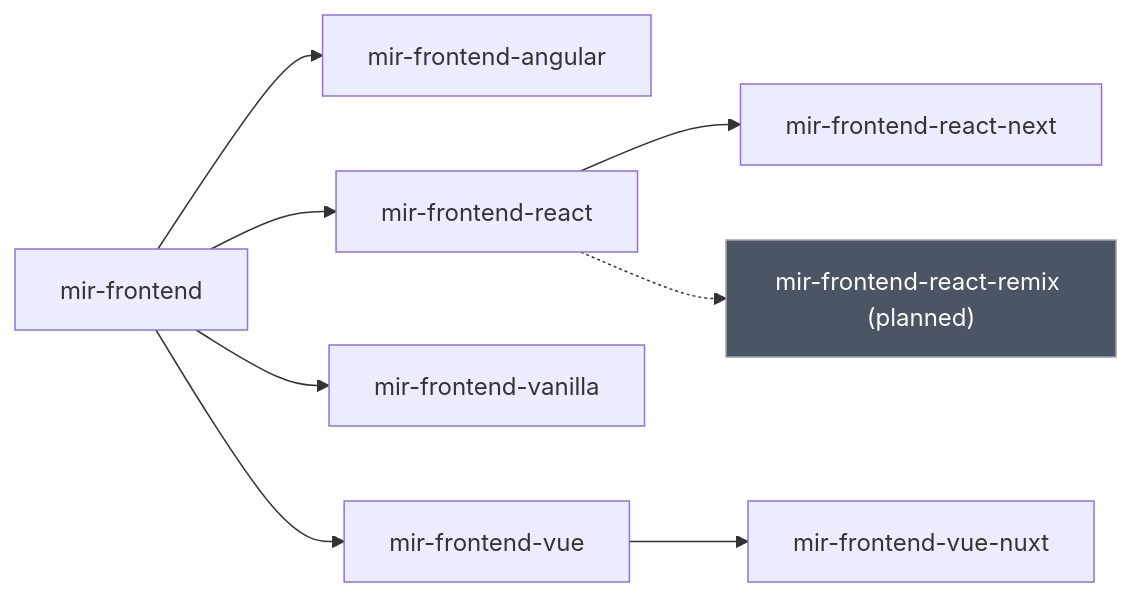
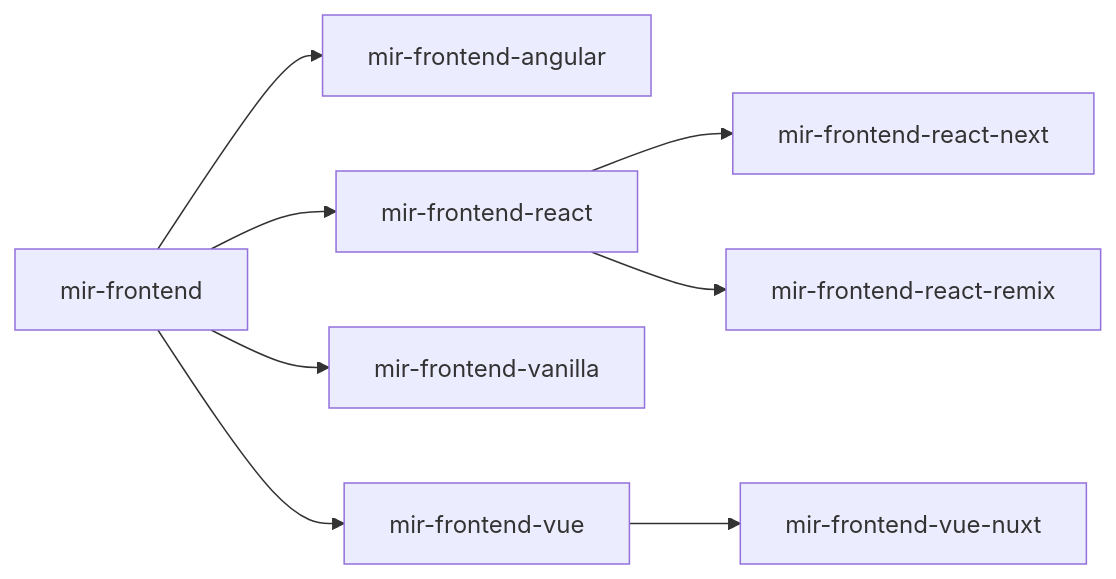
Before and after one commit to anantbhandarkar/make-it-right: the third of 9 diagrams in docs/skill-tree.md, drawn with Mermaid. The commit also changed other lines of this file and 23 other files, not shown here.

````diff
--- a/docs/skill-tree.md
+++ b/docs/skill-tree.md
@@ -425,22 +236,20 @@
 ```mermaid
 flowchart LR
     accTitle: The frontend pillar
-    accDescr: Tree of the frontend pillar showing 7 written skills and 1 planned ones, each edge running from a skill to the more specific skill that extends it
+    accDescr: Tree of the frontend pillar showing 8 written skills and 0 planned ones, each edge running from a skill to the more specific skill that extends it
     p_mir_frontend["mir-frontend"]
     t_mir_frontend_angular["mir-frontend-angular"]
     t_mir_frontend_react["mir-frontend-react"]
     m_mir_frontend_react_next["mir-frontend-react-next"]
-    x_mir_frontend_react_remix["mir-frontend-react-remix (planned)"]
+    m_mir_frontend_react_remix["mir-frontend-react-remix"]
     t_mir_frontend_vanilla["mir-frontend-vanilla"]
     t_mir_frontend_vue["mir-frontend-vue"]
     m_mir_frontend_vue_nuxt["mir-frontend-vue-nuxt"]
     p_mir_frontend --> t_mir_frontend_angular
     p_mir_frontend --> t_mir_frontend_react
     t_mir_frontend_react --> m_mir_frontend_react_next
-    t_mir_frontend_react -.-> x_mir_frontend_react_remix
+    t_mir_frontend_react --> m_mir_frontend_react_remix
     p_mir_frontend --> t_mir_frontend_vanilla
     p_mir_frontend --> t_mir_frontend_vue
     t_mir_frontend_vue --> m_mir_frontend_vue_nuxt
-    classDef planned fill:#4b5563,stroke:#9ca3af,color:#ffffff
-    class x_mir_frontend_react_remix planned
 ```
````
